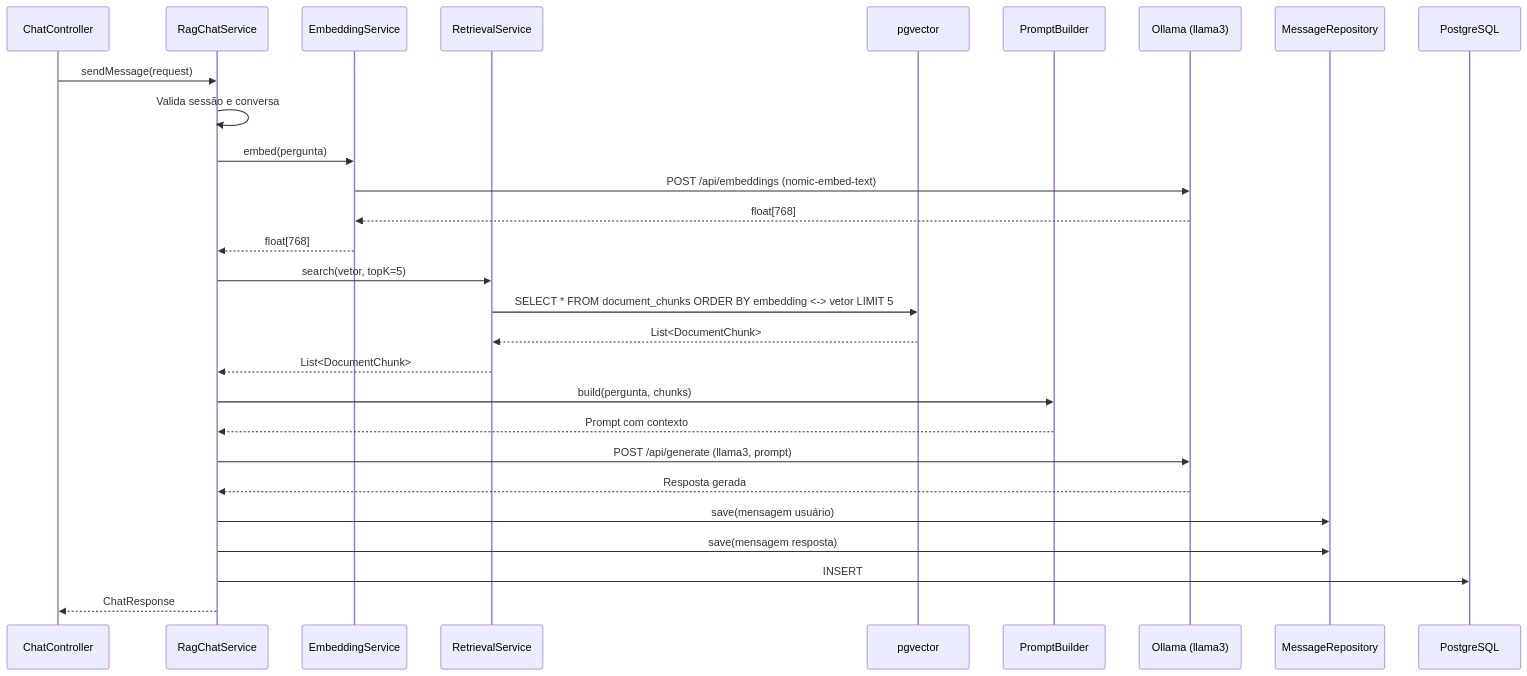
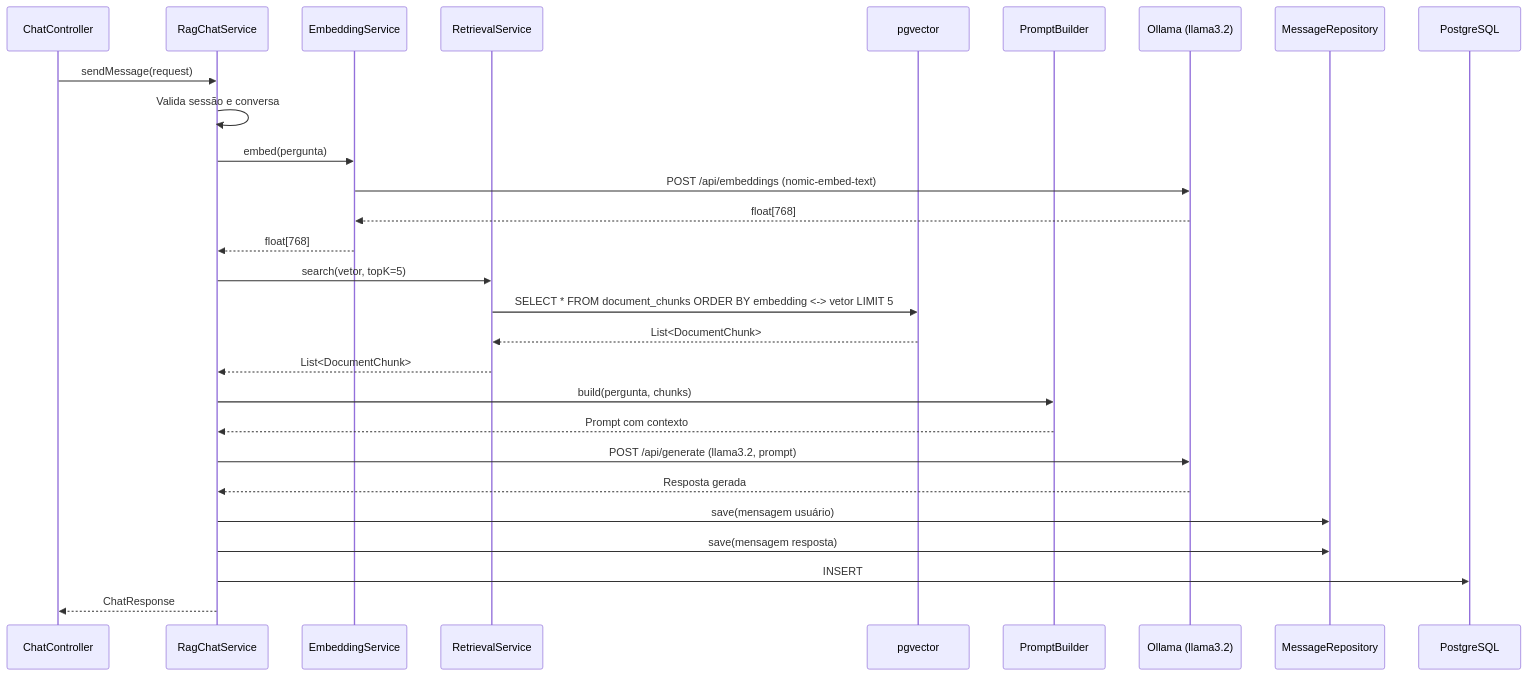
The fifth of 9 diagrams in doc/SYSTEM_DOCS_BACKEND.md (raylaferreira-coder/API_IA), drawn with Mermaid before and after one commit. The commit also changed other lines of this file and 69 other files, not shown here.

````diff
--- a/doc/SYSTEM_DOCS_BACKEND.md
+++ b/doc/SYSTEM_DOCS_BACKEND.md
@@ -1105,37 +1106,37 @@
 ```mermaid
 sequenceDiagram
     participant Controller as ChatController
     participant Service as RagChatService
     participant EmbedSvc as EmbeddingService
     participant Retrieval as RetrievalService
     participant VectorDB as pgvector
     participant Prompt as PromptBuilder
-    participant Ollama as Ollama (llama3)
+    participant Ollama as Ollama (llama3.2)
     participant MsgRepo as MessageRepository
     participant DB as PostgreSQL
 
     Controller->>Service: sendMessage(request)
     Service->>Service: Valida sessão e conversa
 
     Service->>EmbedSvc: embed(pergunta)
     EmbedSvc->>Ollama: POST /api/embeddings (nomic-embed-text)
     Ollama-->>EmbedSvc: float[768]
     EmbedSvc-->>Service: float[768]
 
     Service->>Retrieval: search(vetor, topK=5)
     Retrieval->>VectorDB: SELECT * FROM document_chunks ORDER BY embedding <-> vetor LIMIT 5
     VectorDB-->>Retrieval: List<DocumentChunk>
     Retrieval-->>Service: List<DocumentChunk>
 
     Service->>Prompt: build(pergunta, chunks)
     Prompt-->>Service: Prompt com contexto
 
-    Service->>Ollama: POST /api/generate (llama3, prompt)
+    Service->>Ollama: POST /api/generate (llama3.2, prompt)
     Ollama-->>Service: Resposta gerada
 
     Service->>MsgRepo: save(mensagem usuário)
     Service->>MsgRepo: save(mensagem resposta)
     Service->>DB: INSERT
 
     Service-->>Controller: ChatResponse
 ```
````
